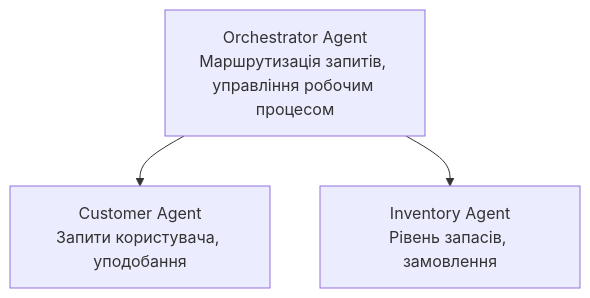
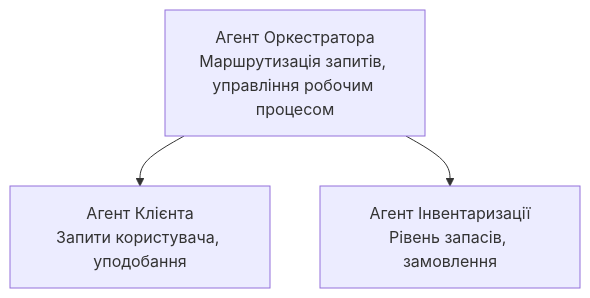
One commit to microsoft/AZD-for-beginners changed the diagram in translations/uk/docs/chapter-05-multi-agent/README.md. Above: the diagram before and after it, drawn with Mermaid. The commit also changed other lines of this file and 101 other files, not shown here.

````diff
--- a/translations/uk/docs/chapter-05-multi-agent/README.md
+++ b/translations/uk/docs/chapter-05-multi-agent/README.md
@@ -50,5 +52,5 @@
 ```mermaid
 graph TD
-    Orchestrator[Orchestrator Agent<br/>Маршрутизація запитів, управління робочим процесом] --> Customer[Customer Agent<br/>Запити користувача, уподобання]
-    Orchestrator --> Inventory[Inventory Agent<br/>Рівень запасів, замовлення]
+    Orchestrator[Агент Оркестратора<br/>Маршрутизація запитів, управління робочим процесом] --> Customer[Агент Клієнта<br/>Запити користувача, уподобання]
+    Orchestrator --> Inventory[Агент Інвентаризації<br/>Рівень запасів, замовлення]
 ```
````
